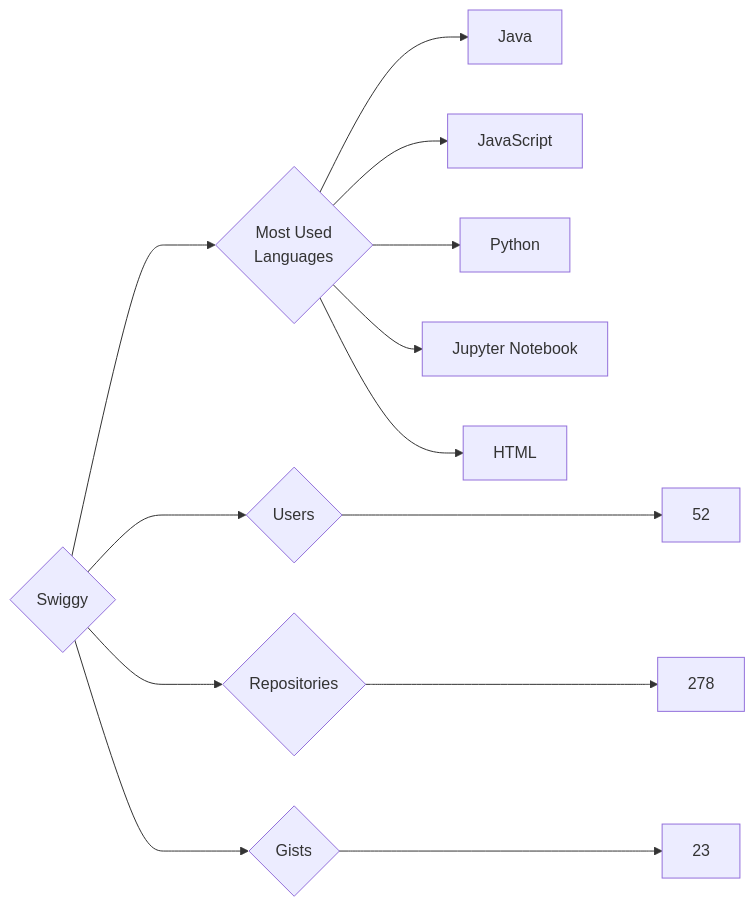
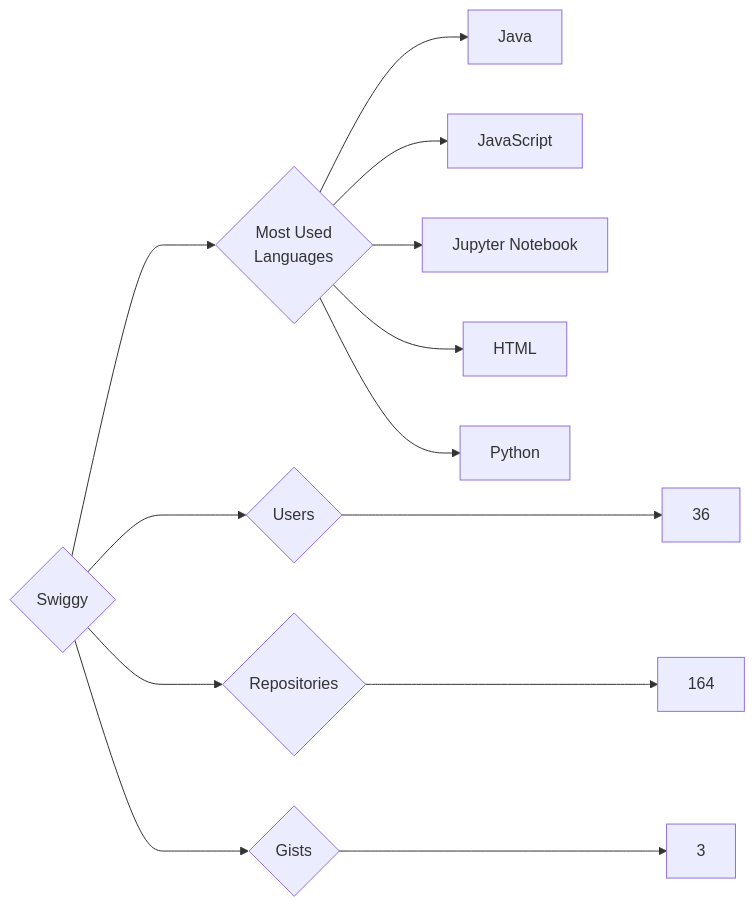
One commit to trickest/insiders changed the diagram in targets/Swiggy/README.md. Above: the diagram before and after it, drawn with Mermaid. The commit also changed 877 other files, not shown here.

````diff
--- a/targets/Swiggy/README.md
+++ b/targets/Swiggy/README.md
@@ -3,13 +3,13 @@
 ```mermaid
 graph LR
 COMPANY_NAME{Swiggy}
-COMPANY_NAME ---> U{Users} ---> UN[52]
-COMPANY_NAME ---> R{Repositories} ---> RN[278]
-COMPANY_NAME ---> G{Gists} ---> GN[23]
+COMPANY_NAME ---> U{Users} ---> UN[36]
+COMPANY_NAME ---> R{Repositories} ---> RN[164]
+COMPANY_NAME ---> G{Gists} ---> GN[3]
 COMPANY_NAME ---> ML{Most Used<br>Languages}
 ML --> Java[Java]
 ML --> JavaScript[JavaScript]
-ML --> Python[Python]
 ML --> Jupyter_Notebook[Jupyter Notebook]
 ML --> HTML[HTML]
+ML --> Python[Python]
 ```
````
